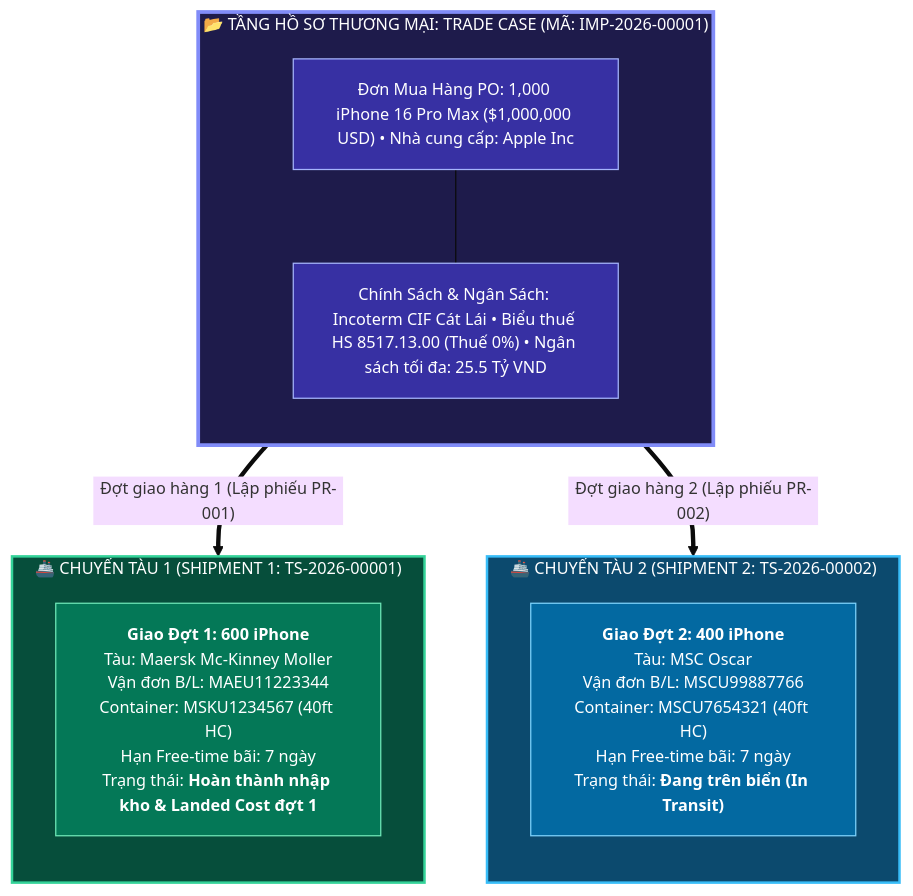
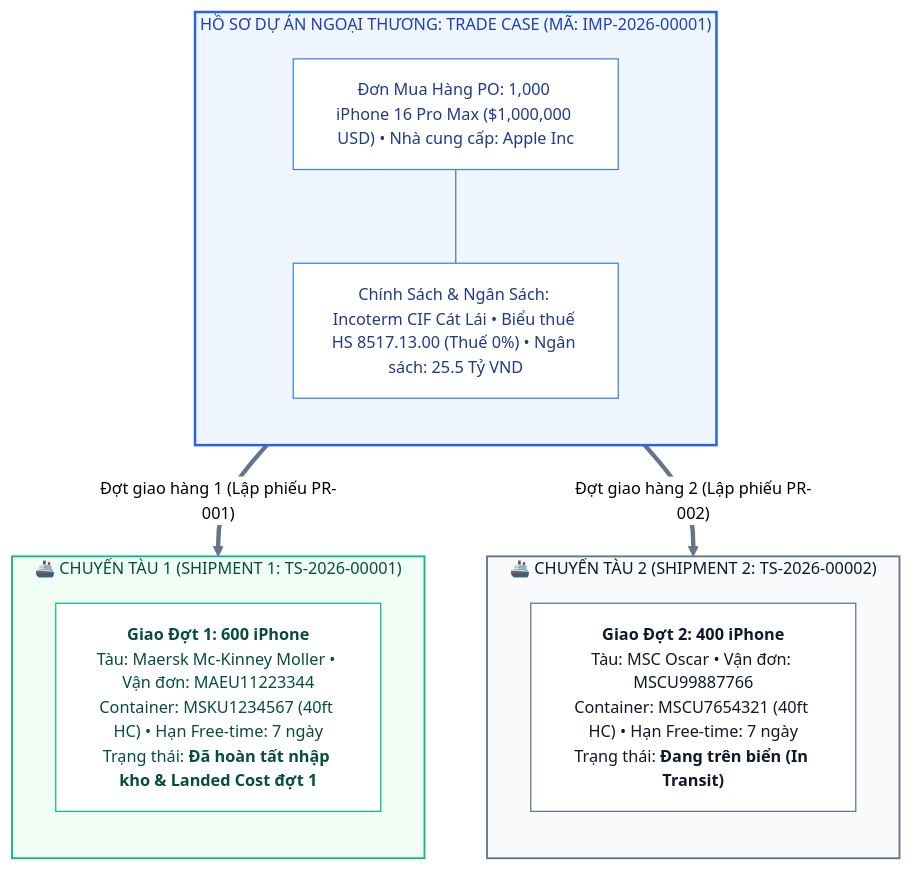
Before and after one commit to capkimkhanh2k5/Logistics_ERPNext_RAG: the second of 3 diagrams in KIEN_TRUC_HE_THONG_QUAN_TRI_XUAT_NHAP_KHAU.md, drawn with Mermaid. The commit also changed other lines of this file, not shown here.

Commit message:
docs: update system architecture diagram to clean Microsoft Teams design language

````diff
--- a/KIEN_TRUC_HE_THONG_QUAN_TRI_XUAT_NHAP_KHAU.md
+++ b/KIEN_TRUC_HE_THONG_QUAN_TRI_XUAT_NHAP_KHAU.md
@@ -130,34 +130,34 @@
 ```mermaid
-%%{init: {'theme': 'base', 'themeVariables': { 'fontFamily': 'Segoe UI, Arial, sans-serif', 'fontSize': '13px'}}}%%
+%%{init: {'theme': 'neutral', 'themeVariables': { 'fontFamily': 'Segoe UI, Arial, sans-serif', 'fontSize': '13px', 'lineColor': '#64748B'}}}%%
 flowchart TD
     %% TẦNG HỒ SƠ THƯƠNG MẠI
-    subgraph S_CASE["📂 TẦNG HỒ SƠ THƯƠNG MẠI: TRADE CASE (MÃ: IMP-2026-00001)"]
+    subgraph S_CASE["HỒ SƠ DỰ ÁN NGOẠI THƯƠNG: TRADE CASE (MÃ: IMP-2026-00001)"]
         direction TB
         PO["Đơn Mua Hàng PO: 1,000 iPhone 16 Pro Max ($1,000,000 USD) • Nhà cung cấp: Apple Inc"]
-        POL_GOV["Chính Sách & Ngân Sách: Incoterm CIF Cát Lái • Biểu thuế HS 8517.13.00 (Thuế 0%) • Ngân sách tối đa: 25.5 Tỷ VND"]
+        POL_GOV["Chính Sách & Ngân Sách: Incoterm CIF Cát Lái • Biểu thuế HS 8517.13.00 (Thuế 0%) • Ngân sách: 25.5 Tỷ VND"]
         PO --- POL_GOV
     end
 
     %% TẦNG CHUYẾN TÀU CON
     subgraph S_SHP1["🚢 CHUYẾN TÀU 1 (SHIPMENT 1: TS-2026-00001)"]
         direction TB
-        SHP1_INFO["<b>Giao Đợt 1: 600 iPhone</b><br>Tàu: Maersk Mc-Kinney Moller<br>Vận đơn B/L: MAEU11223344<br>Container: MSKU1234567 (40ft HC)<br>Hạn Free-time bãi: 7 ngày<br>Trạng thái: <b>Hoàn thành nhập kho & Landed Cost đợt 1</b>"]
+        SHP1_INFO["<b>Giao Đợt 1: 600 iPhone</b><br>Tàu: Maersk Mc-Kinney Moller • Vận đơn: MAEU11223344<br>Container: MSKU1234567 (40ft HC) • Hạn Free-time: 7 ngày<br>Trạng thái: <b>Đã hoàn tất nhập kho & Landed Cost đợt 1</b>"]
     end
 
     subgraph S_SHP2["🚢 CHUYẾN TÀU 2 (SHIPMENT 2: TS-2026-00002)"]
         direction TB
-        SHP2_INFO["<b>Giao Đợt 2: 400 iPhone</b><br>Tàu: MSC Oscar<br>Vận đơn B/L: MSCU99887766<br>Container: MSCU7654321 (40ft HC)<br>Hạn Free-time bãi: 7 ngày<br>Trạng thái: <b>Đang trên biển (In Transit)</b>"]
+        SHP2_INFO["<b>Giao Đợt 2: 400 iPhone</b><br>Tàu: MSC Oscar • Vận đơn: MSCU99887766<br>Container: MSCU7654321 (40ft HC) • Hạn Free-time: 7 ngày<br>Trạng thái: <b>Đang trên biển (In Transit)</b>"]
     end
 
     S_CASE ==>|"Đợt giao hàng 1 (Lập phiếu PR-001)"| S_SHP1
     S_CASE ==>|"Đợt giao hàng 2 (Lập phiếu PR-002)"| S_SHP2
 
-    style S_CASE fill:#1E1B4B,stroke:#818CF8,stroke-width:3px,color:#FFFFFF
-    style S_SHP1 fill:#064E3B,stroke:#34D399,stroke-width:2px,color:#FFFFFF
-    style S_SHP2 fill:#0C4A6E,stroke:#38BDF8,stroke-width:2px,color:#FFFFFF
+    style S_CASE fill:#EFF6FF,stroke:#2563EB,stroke-width:2px,color:#1E40AF
+    style S_SHP1 fill:#F0FDF4,stroke:#10B981,stroke-width:1.5px,color:#064E3B
+    style S_SHP2 fill:#F8FAFC,stroke:#64748B,stroke-width:1.5px,color:#0F172A
 
-    style PO fill:#3730A3,stroke:#A5B4FC,color:#FFFFFF
-    style POL_GOV fill:#3730A3,stroke:#A5B4FC,color:#FFFFFF
-    style SHP1_INFO fill:#047857,stroke:#6EE7B7,color:#FFFFFF
-    style SHP2_INFO fill:#0369A1,stroke:#7DD3FC,color:#FFFFFF
+    style PO fill:#FFFFFF,stroke:#3B82F6,stroke-width:1px,color:#1E3A8A
+    style POL_GOV fill:#FFFFFF,stroke:#3B82F6,stroke-width:1px,color:#1E3A8A
+    style SHP1_INFO fill:#FFFFFF,stroke:#10B981,stroke-width:1px,color:#064E3B
+    style SHP2_INFO fill:#FFFFFF,stroke:#64748B,stroke-width:1px,color:#0F172A
 ```
````
